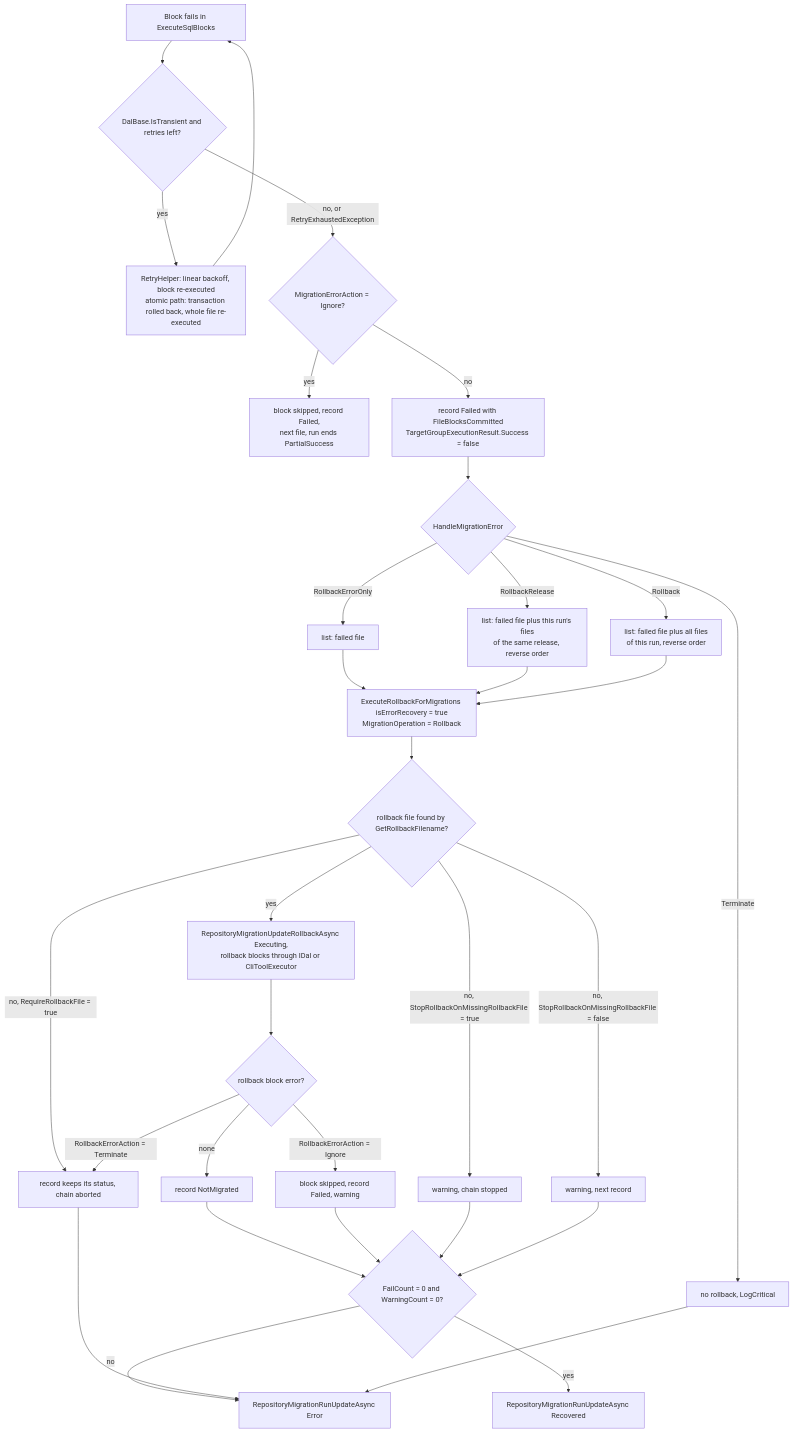
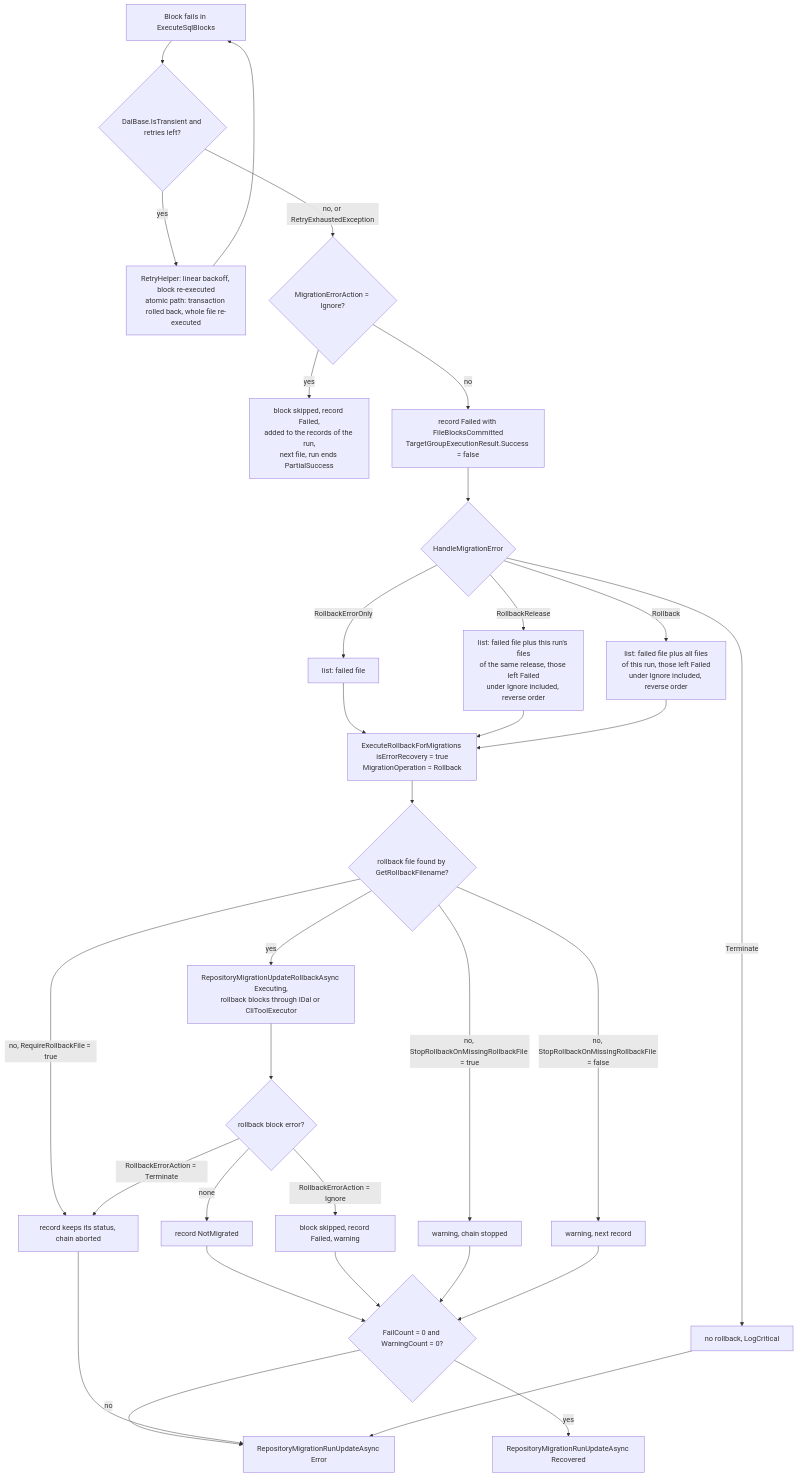
Before and after one commit to RAYCOON/RayMigrator: the fifth of 6 diagrams in Docs/arc42/06-Runtime-View.md, drawn with Mermaid. The commit also changed other lines of this file and 60 other files, not shown here.

````diff
--- a/Docs/arc42/06-Runtime-View.md
+++ b/Docs/arc42/06-Runtime-View.md
@@ -247,34 +247,34 @@
 ```mermaid
 flowchart TD
     B[Block fails in ExecuteSqlBlocks] --> T{DalBase.IsTransient and retries left?}
     T -->|yes| R[RetryHelper: linear backoff, block re-executed<br/>atomic path: transaction rolled back, whole file re-executed]
     R --> B
     T -->|no, or RetryExhaustedException| I{MigrationErrorAction = Ignore?}
-    I -->|yes| IG[block skipped, record Failed,<br/>next file, run ends PartialSuccess]
+    I -->|yes| IG[block skipped, record Failed,<br/>added to the records of the run,<br/>next file, run ends PartialSuccess]
     I -->|no| F[record Failed with FileBlocksCommitted<br/>TargetGroupExecutionResult.Success = false]
     F --> H{HandleMigrationError}
     H -->|Terminate| E1[no rollback, LogCritical]
     H -->|RollbackErrorOnly| L1[list: failed file]
-    H -->|RollbackRelease| L2[list: failed file plus this run's files<br/>of the same release, reverse order]
-    H -->|Rollback| L3[list: failed file plus all files<br/>of this run, reverse order]
+    H -->|RollbackRelease| L2[list: failed file plus this run's files<br/>of the same release, those left Failed<br/>under Ignore included, reverse order]
+    H -->|Rollback| L3[list: failed file plus all files<br/>of this run, those left Failed<br/>under Ignore included, reverse order]
     L1 --> X
     L2 --> X
     L3 --> X[ExecuteRollbackForMigrations isErrorRecovery = true<br/>MigrationOperation = Rollback]
     X --> M{rollback file found by GetRollbackFilename?}
     M -->|no, RequireRollbackFile = true| A1[record keeps its status, chain aborted]
     M -->|no, StopRollbackOnMissingRollbackFile = true| A2[warning, chain stopped]
     M -->|no, StopRollbackOnMissingRollbackFile = false| A3[warning, next record]
     M -->|yes| Y[RepositoryMigrationUpdateRollbackAsync Executing,<br/>rollback blocks through IDal or CliToolExecutor]
     Y --> Z{rollback block error?}
     Z -->|RollbackErrorAction = Terminate| A1
     Z -->|RollbackErrorAction = Ignore| W[block skipped, record Failed, warning]
     Z -->|none| N[record NotMigrated]
     N --> OK{FailCount = 0 and WarningCount = 0?}
     W --> OK
     A2 --> OK
     A3 --> OK
     OK -->|yes| REC[RepositoryMigrationRunUpdateAsync Recovered]
     OK -->|no| ERR[RepositoryMigrationRunUpdateAsync Error]
     A1 --> ERR
     E1 --> ERR
 ```
````
